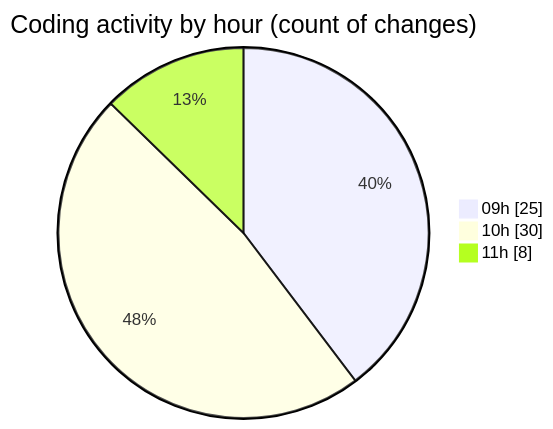
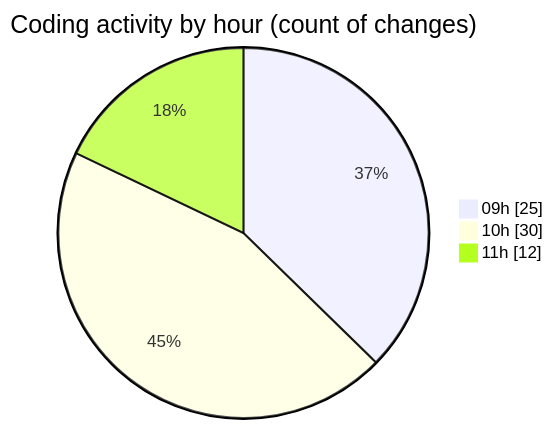
One commit to momahboobian/code-tracking changed the second of 2 diagrams in 2025-11-18/cda/README.md. Above: the diagram before and after it, drawn with Mermaid. The commit also changed other lines of this file and 1 other file, not shown here.

````diff
--- a/2025-11-18/cda/README.md
+++ b/2025-11-18/cda/README.md
@@ -34,7 +34,7 @@
 ```mermaid
 pie showData
 title Coding activity by hour (count of changes)
 "09h" : 25
 "10h" : 30
-"11h" : 8
+"11h" : 12
 ```
````
